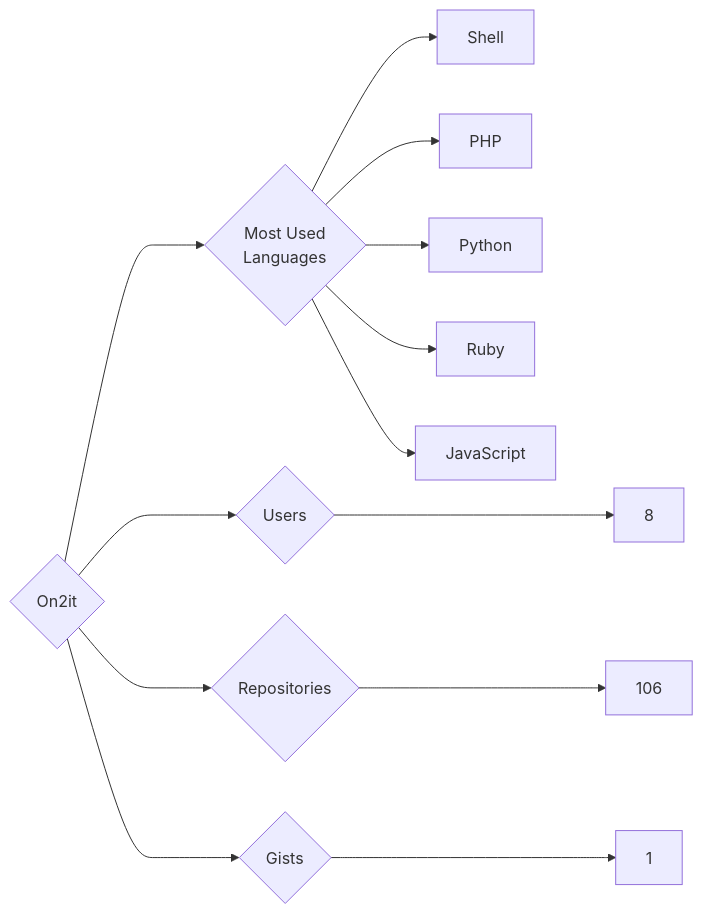
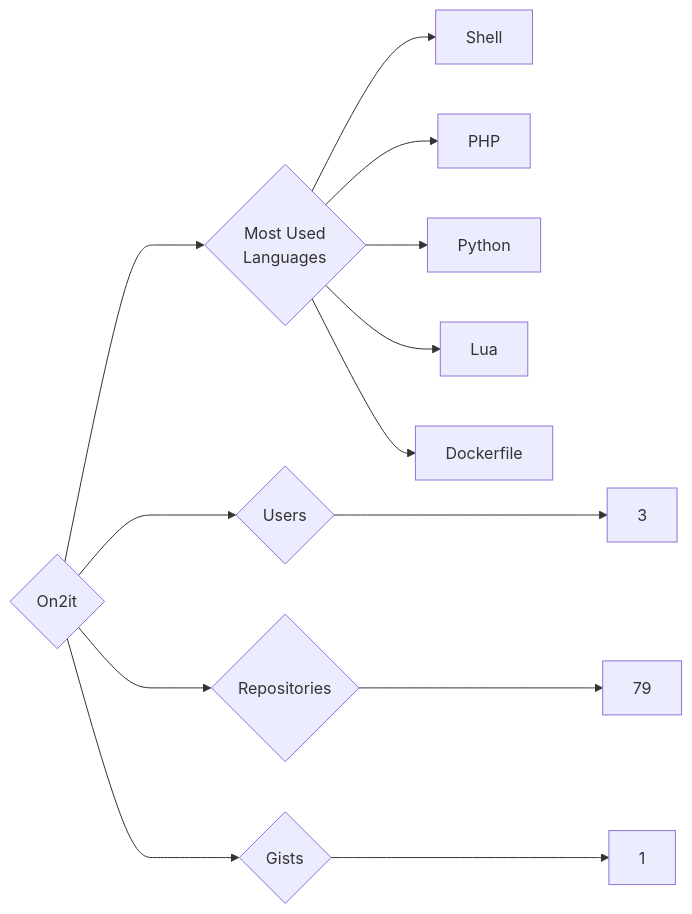
Before and after one commit to trickest/insiders: the diagram in targets/On2it/README.md, drawn with Mermaid. The commit also changed 833 other files, not shown here.

````diff
--- a/targets/On2it/README.md
+++ b/targets/On2it/README.md
@@ -3,13 +3,13 @@
 ```mermaid
 graph LR
 COMPANY_NAME{On2it}
-COMPANY_NAME ---> U{Users} ---> UN[8]
-COMPANY_NAME ---> R{Repositories} ---> RN[106]
+COMPANY_NAME ---> U{Users} ---> UN[3]
+COMPANY_NAME ---> R{Repositories} ---> RN[79]
 COMPANY_NAME ---> G{Gists} ---> GN[1]
 COMPANY_NAME ---> ML{Most Used<br>Languages}
 ML --> Shell[Shell]
 ML --> PHP[PHP]
 ML --> Python[Python]
-ML --> Ruby[Ruby]
-ML --> JavaScript[JavaScript]
+ML --> Lua[Lua]
+ML --> Dockerfile[Dockerfile]
 ```
````
